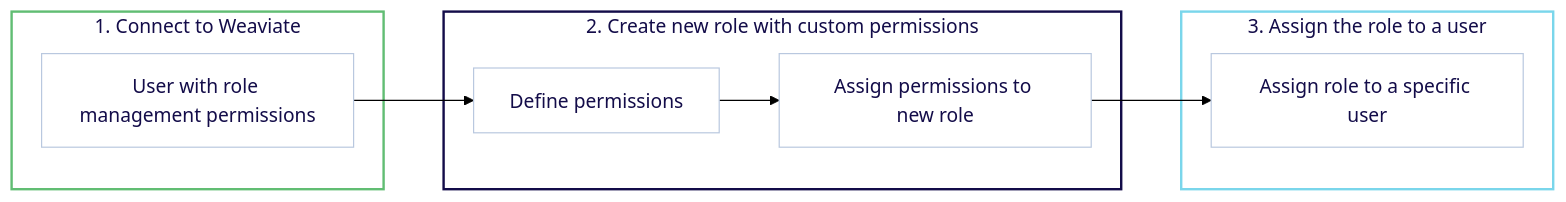
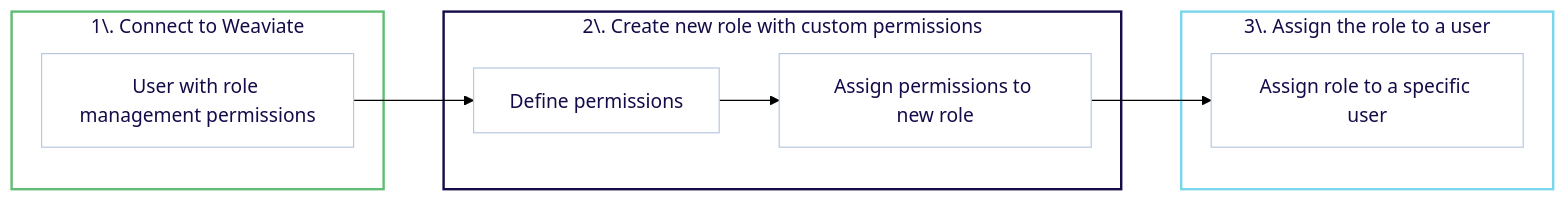
One commit to weaviate/docs changed the diagram in docs/weaviate/tutorials/rbac.mdx. Above: the diagram before and after it, drawn with Mermaid (forest theme). The commit also changed 9 other files, not shown here.

````diff
--- a/docs/weaviate/tutorials/rbac.mdx
+++ b/docs/weaviate/tutorials/rbac.mdx
@@ -29,32 +29,32 @@
 ```mermaid
 flowchart LR
     %% Define nodes with white backgrounds and darker borders
     A1["User with role management permissions"] --> B1["Define permissions"]
     B1 --> B2["Assign permissions to new role"]
     B2 --> C1["Assign role to a specific user"]
 
     %% Group nodes in subgraphs with brand colors
-    subgraph sg1 ["1. Connect to Weaviate"]
+    subgraph sg1 ["1\. Connect to Weaviate"]
         A1
     end
 
-    subgraph sg2 ["2. Create new role with custom permissions"]
+    subgraph sg2 ["2\. Create new role with custom permissions"]
         B1
         B2
     end
 
-    subgraph sg3 ["3. Assign the role to a user"]
+    subgraph sg3 ["3\. Assign the role to a user"]
         C1
     end
 
     %% Style nodes with white background and darker borders
     style A1 fill:#ffffff,stroke:#B9C8DF,color:#130C49
     style B1 fill:#ffffff,stroke:#B9C8DF,color:#130C49
     style B2 fill:#ffffff,stroke:#B9C8DF,color:#130C49
     style C1 fill:#ffffff,stroke:#B9C8DF,color:#130C49
 
     %% Style subgraphs with brand colors
     style sg1 fill:#ffffff,stroke:#61BD73,stroke-width:2px,color:#130C49
     style sg2 fill:#ffffff,stroke:#130C49,stroke-width:2px,color:#130C49
     style sg3 fill:#ffffff,stroke:#7AD6EB,stroke-width:2px,color:#130C49
 ```
````
